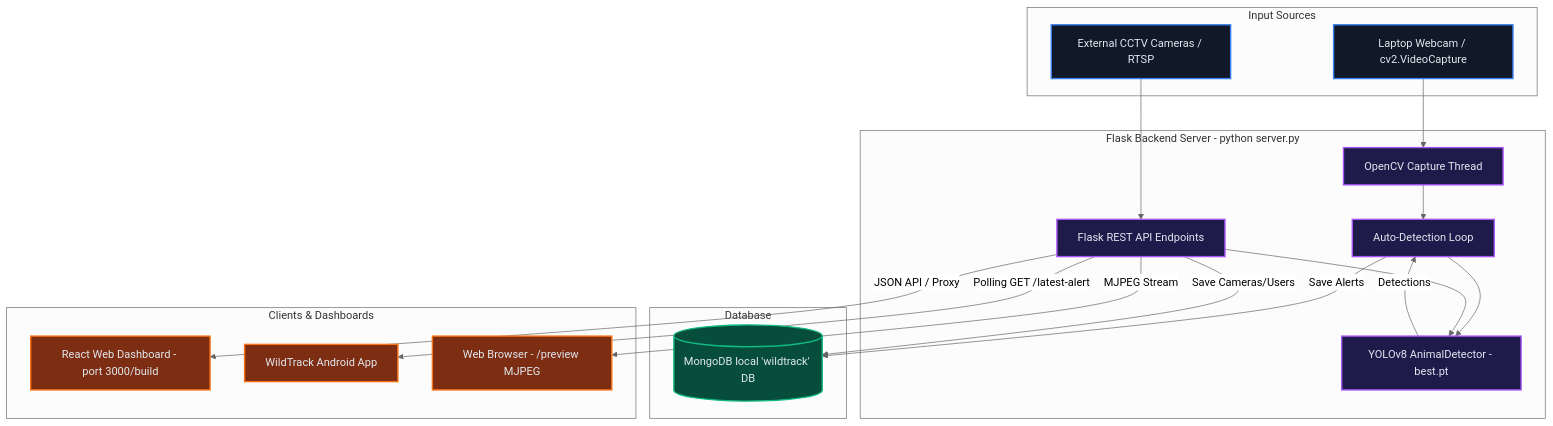
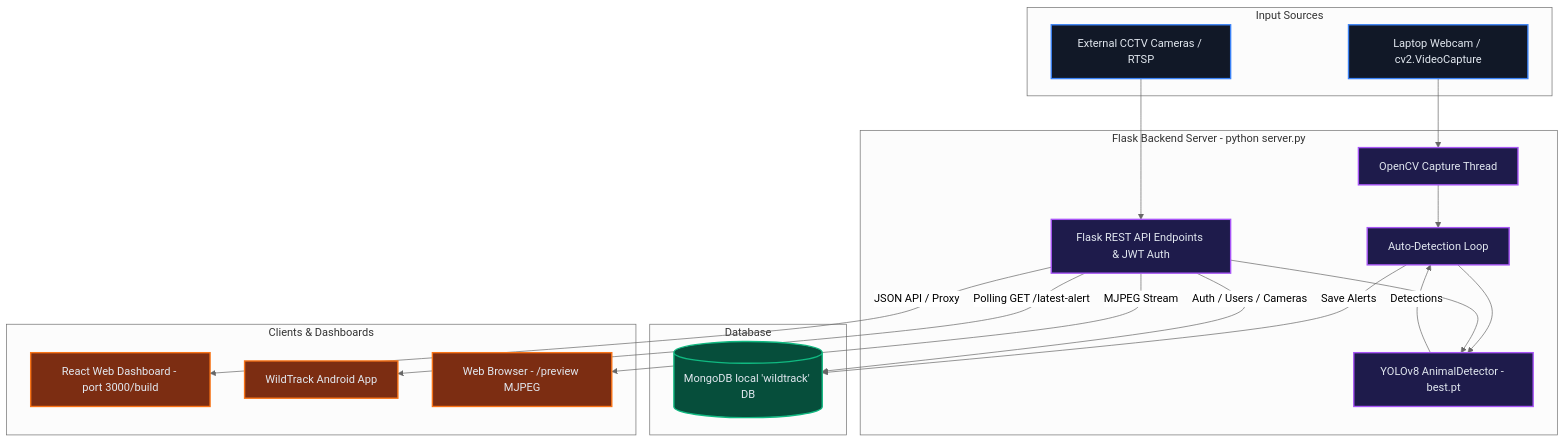
Before and after one commit to Kartik-code2116/Animal_alert-server: the second of 2 diagrams in README.md, drawn with Mermaid (neutral theme). The commit also changed other lines of this file, not shown here.

````diff
--- a/README.md
+++ b/README.md
@@ -16,42 +40,42 @@
 ```mermaid
 graph TD
     classDef device fill:#111827,stroke:#3b82f6,stroke-width:2px,color:#e2e8f0;
     classDef server fill:#1e1b4b,stroke:#a855f7,stroke-width:2px,color:#e2e8f0;
     classDef db fill:#064e3b,stroke:#10b981,stroke-width:2px,color:#e2e8f0;
     classDef client fill:#7c2d12,stroke:#f97316,stroke-width:2px,color:#e2e8f0;
 
     subgraph VideoSources [Input Sources]
         webcam[Laptop Webcam / cv2.VideoCapture]:::device
         cctv[External CCTV Cameras / RTSP]:::device
     end
 
     subgraph Backend [Flask Backend Server - python server.py]
-        flask_api[Flask REST API Endpoints]:::server
+        flask_api[Flask REST API Endpoints & JWT Auth]:::server
         cv_thread[OpenCV Capture Thread]:::server
         det_thread[Auto-Detection Loop]:::server
         yolo[YOLOv8 AnimalDetector - best.pt]:::server
     end
 
     subgraph Storage [Database]
         mongo[(MongoDB local 'wildtrack' DB)]:::db
     end
 
     subgraph Viewers [Clients & Dashboards]
         react_dash[React Web Dashboard - port 3000/build]:::client
         android_app[WildTrack Android App]:::client
         live_preview[Web Browser - /preview MJPEG]:::client
     end
 
     webcam --> cv_thread
     cctv --> flask_api
     cv_thread --> det_thread
     det_thread --> yolo
     yolo -- Detections --> det_thread
     flask_api --> yolo
     det_thread -- Save Alerts --> mongo
-    flask_api -- Save Cameras/Users --> mongo
+    flask_api -- Auth / Users / Cameras --> mongo
     
     flask_api -- MJPEG Stream --> live_preview
     flask_api -- JSON API / Proxy --> react_dash
     flask_api -- Polling GET /latest-alert --> android_app
 ```
````
